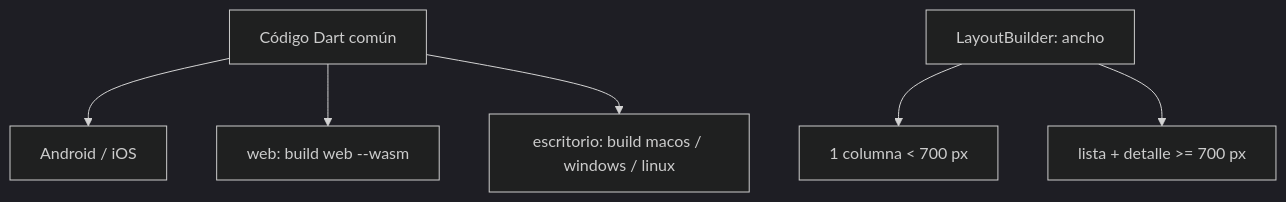
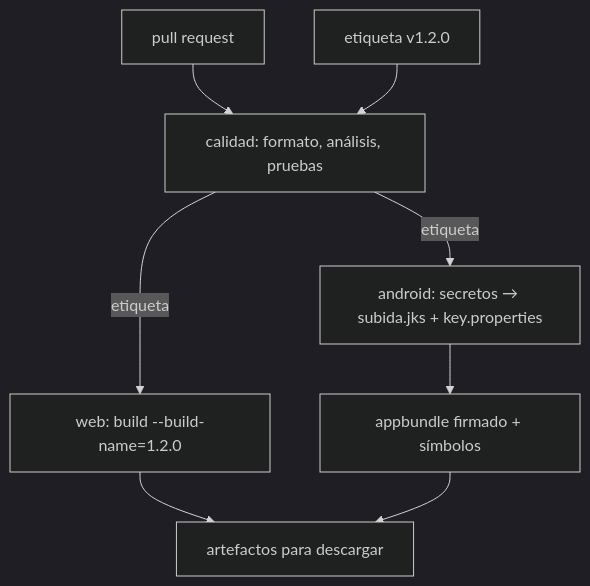
Before and after one commit to NICORUIZ93/The_Imperial_Book: the fourth of 4 diagrams in web/public/content/flutter/modulo-11.md, drawn with Mermaid (dark theme). The commit also changed other lines of this file and 6 other files, not shown here.

````diff
--- a/web/public/content/flutter/modulo-11.md
+++ b/web/public/content/flutter/modulo-11.md
@@ -369,8 +1098,10 @@
 ```mermaid
 flowchart TB
-    C["Código Dart común"] --> M["Android / iOS"]
-    C --> W["web: build web --wasm"]
-    C --> D["escritorio: build macos / windows / linux"]
-    L["LayoutBuilder: ancho"] --> U1["1 columna < 700 px"]
-    L --> U2["lista + detalle >= 700 px"]
+    PR["pull request"] --> Q["calidad: formato, análisis, pruebas"]
+    TAG["etiqueta v1.2.0"] --> Q
+    Q -->|etiqueta| W["web: build --build-name=1.2.0"]
+    Q -->|etiqueta| A["android: secretos → subida.jks + key.properties"]
+    A --> AAB["appbundle firmado + símbolos"]
+    W --> ART["artefactos para descargar"]
+    AAB --> ART
 ```
````
